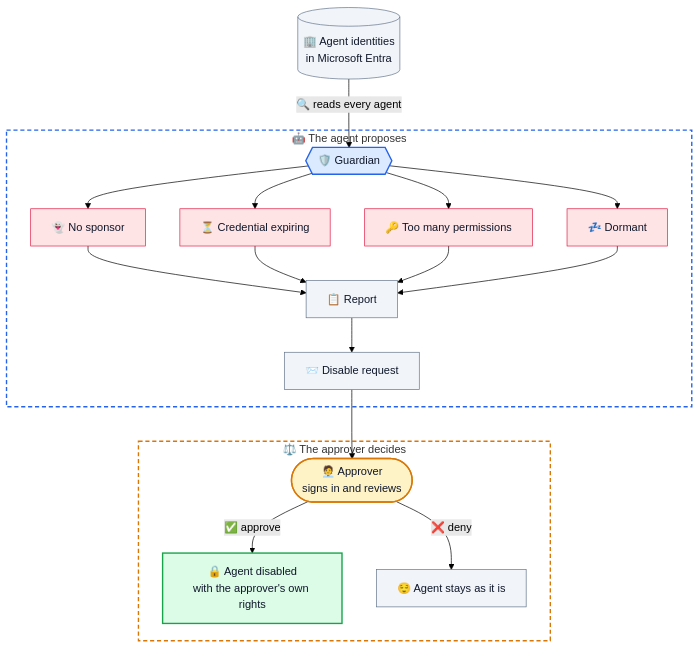
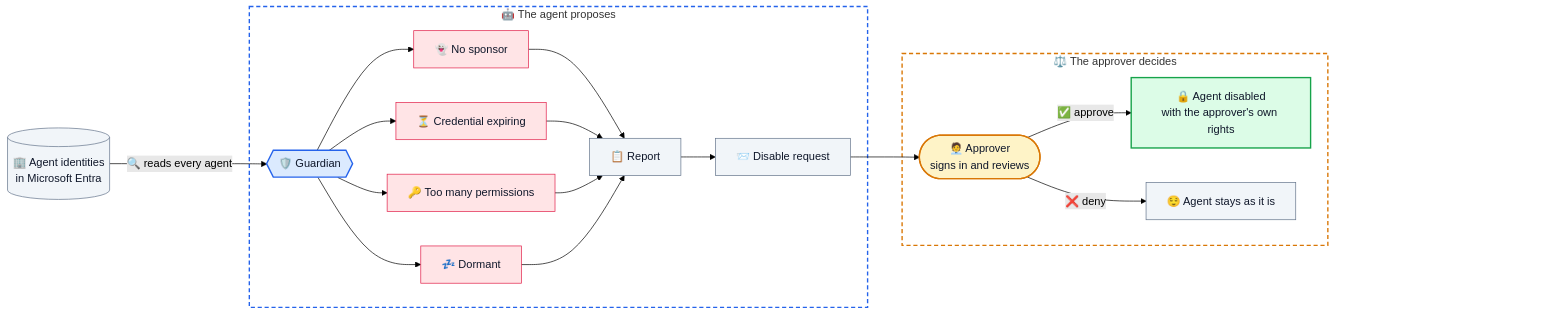
The first of 2 diagrams in README.md (alireza-mpr/agent-steward), drawn with Mermaid (forest theme) before and after one commit.

Commit message:
docs(readme): diagram back to left to right, with space for GitHub's zoom buttons

````diff
--- a/README.md
+++ b/README.md
@@ -15,41 +15,48 @@
 ```mermaid
-flowchart TB
+flowchart LR
     TENANT[("🏢 Agent identities<br/>in Microsoft Entra")]
 
     subgraph PROPOSE["🤖 The agent proposes"]
         GUARD{{"🛡️ Guardian"}}
         F1["👻 No sponsor"]
         F2["⏳ Credential expiring"]
         F3["🔑 Too many permissions"]
         F4["💤 Dormant"]
         REPORT["📋 Report"]
         ASK["📨 Disable request"]
         GUARD --> F1 & F2 & F3 & F4
         F1 & F2 & F3 & F4 --> REPORT
         REPORT --> ASK
     end
 
     subgraph DECIDE["⚖️ The approver decides"]
         HUMAN(["🧑‍💼 Approver<br/>signs in and reviews"])
         DISABLED["🔒 Agent disabled<br/>with the approver's own rights"]
         STAYS["😌 Agent stays as it is"]
         HUMAN -- "✅ approve" --> DISABLED
         HUMAN -- "❌ deny" --> STAYS
     end
 
     TENANT -- "🔍 reads every agent" --> GUARD
     ASK --> HUMAN
 
+    %% An invisible box on the far right: GitHub's zoom buttons sit on it, not on the picture
+    PAD["________________________"]
+    DISABLED ~~~ PAD
+    STAYS ~~~ PAD
+
     classDef agent fill:#dbeafe,stroke:#2563eb,stroke-width:2px,color:#0f172a
     classDef risk fill:#ffe4e6,stroke:#e11d48,color:#0f172a
     classDef human fill:#fef3c7,stroke:#d97706,stroke-width:2px,color:#0f172a
     classDef good fill:#dcfce7,stroke:#16a34a,stroke-width:2px,color:#0f172a
     classDef calm fill:#f1f5f9,stroke:#64748b,color:#0f172a
+    classDef spacer fill:none,stroke:none,color:transparent
     class GUARD agent
     class F1,F2,F3,F4 risk
     class HUMAN human
     class DISABLED good
     class TENANT,REPORT,ASK,STAYS calm
+    class PAD spacer
     style PROPOSE fill:transparent,stroke:#2563eb,stroke-width:2px,stroke-dasharray: 6 4
     style DECIDE fill:transparent,stroke:#d97706,stroke-width:2px,stroke-dasharray: 6 4
 ```
````
